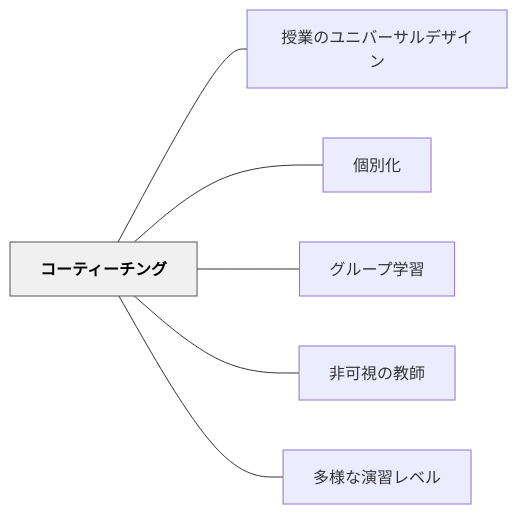
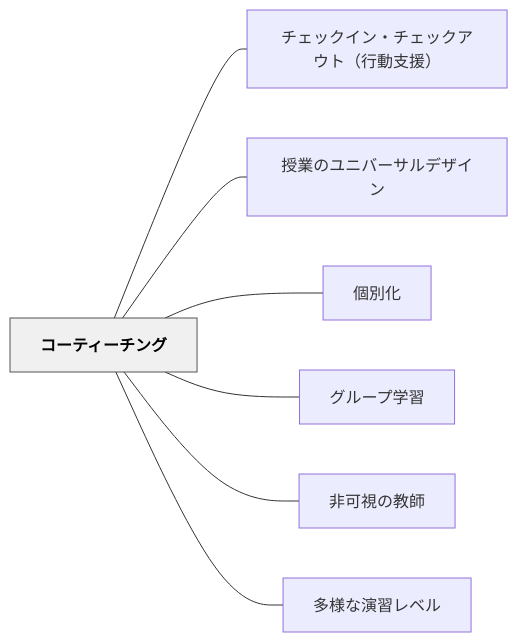
Before and after one commit to unknownthings-ed-patterns/unknownthings-ed-patterns: the diagram in content/パタン/コーティーチング.md, drawn with Mermaid. The commit also changed other lines of this file and 473 other files, not shown here.

````diff
--- a/content/パタン/コーティーチング.md
+++ b/content/パタン/コーティーチング.md
@@ -104,18 +105,20 @@
 ```mermaid
 flowchart LR
     ne382b3e383bc["コーティーチング"]
+    ne38381e382a7["チェックイン・チェックアウト（行動支援）"]
     ne68e88e6a5ad["授業のユニバーサルデザイン"]
     ne5808be588a5["個別化"]
     ne382b0e383ab["グループ学習"]
     ne99d9ee58faf["非可視の教師"]
     ne5a49ae6a798["多様な演習レベル"]
 
+    ne382b3e383bc --- ne38381e382a7
     ne382b3e383bc --- ne68e88e6a5ad
     ne382b3e383bc --- ne5808be588a5
     ne382b3e383bc --- ne382b0e383ab
     ne382b3e383bc --- ne99d9ee58faf
     ne382b3e383bc --- ne5a49ae6a798
 
     classDef hub fill:#f0f0f0,stroke:#555,color:#000,font-weight:bold
     class ne382b3e383bc hub
 ```
````
